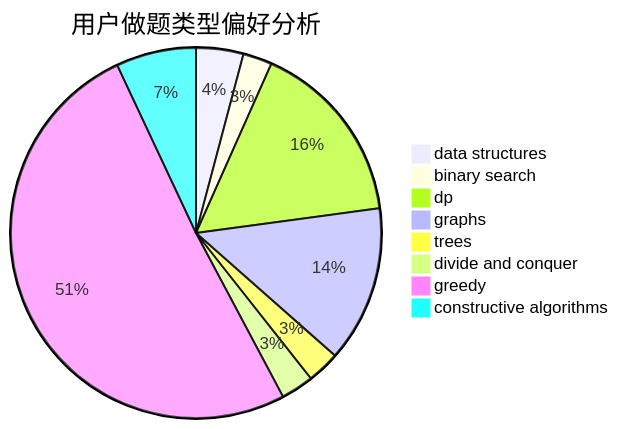
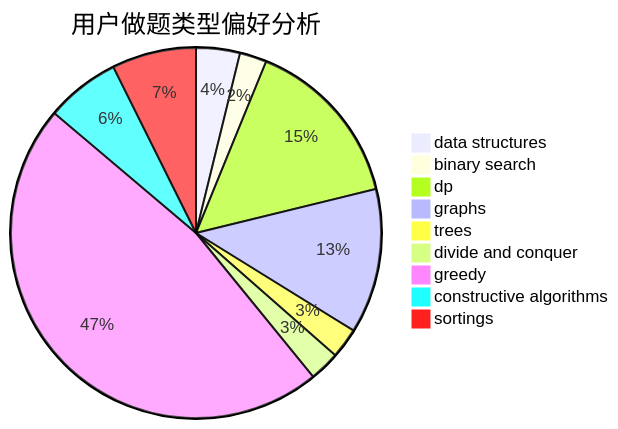
Before and after one commit to sherpahu/cfrs.github.io: the second of 3 diagrams in docs/user/u1666.md, drawn with Mermaid. The commit also changed other lines of this file and 2769 other files, not shown here.

````diff
--- a/docs/user/u1666.md
+++ b/docs/user/u1666.md
@@ -23,11 +18,12 @@
 ```mermaid
 pie title 用户做题类型偏好分析
     "data structures" :  13
     "binary search" :  8
     "dp" :  51
     "graphs" :  43
     "trees" :  9
     "divide and conquer" :  9
     "greedy" :  160
     "constructive algorithms" :  22
+    "sortings" :  25
 ```
````
